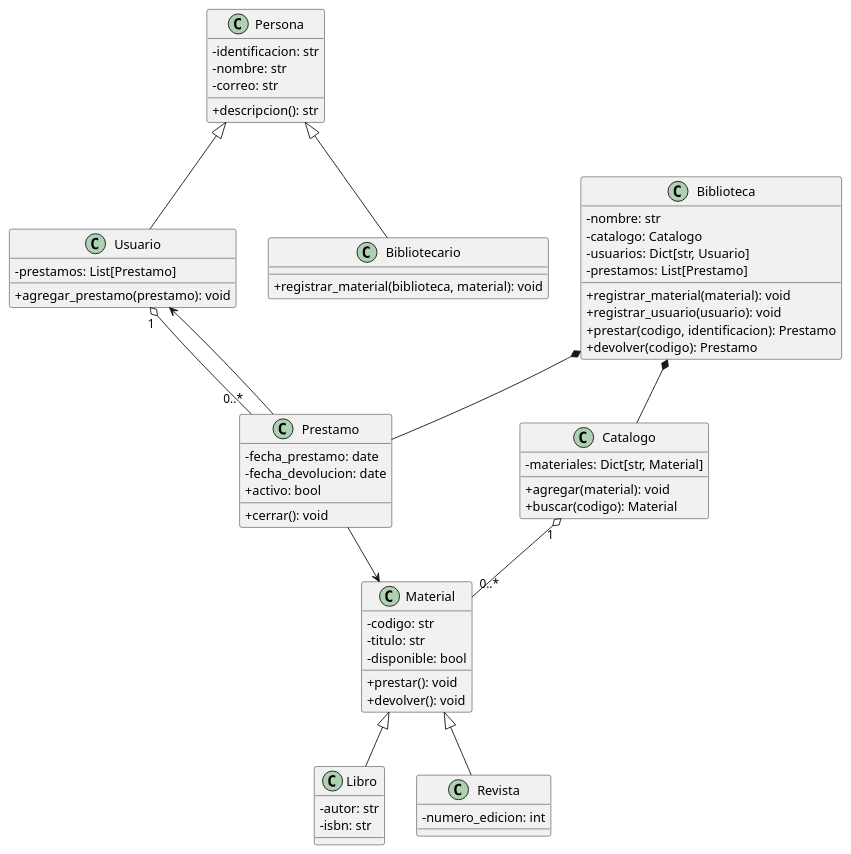
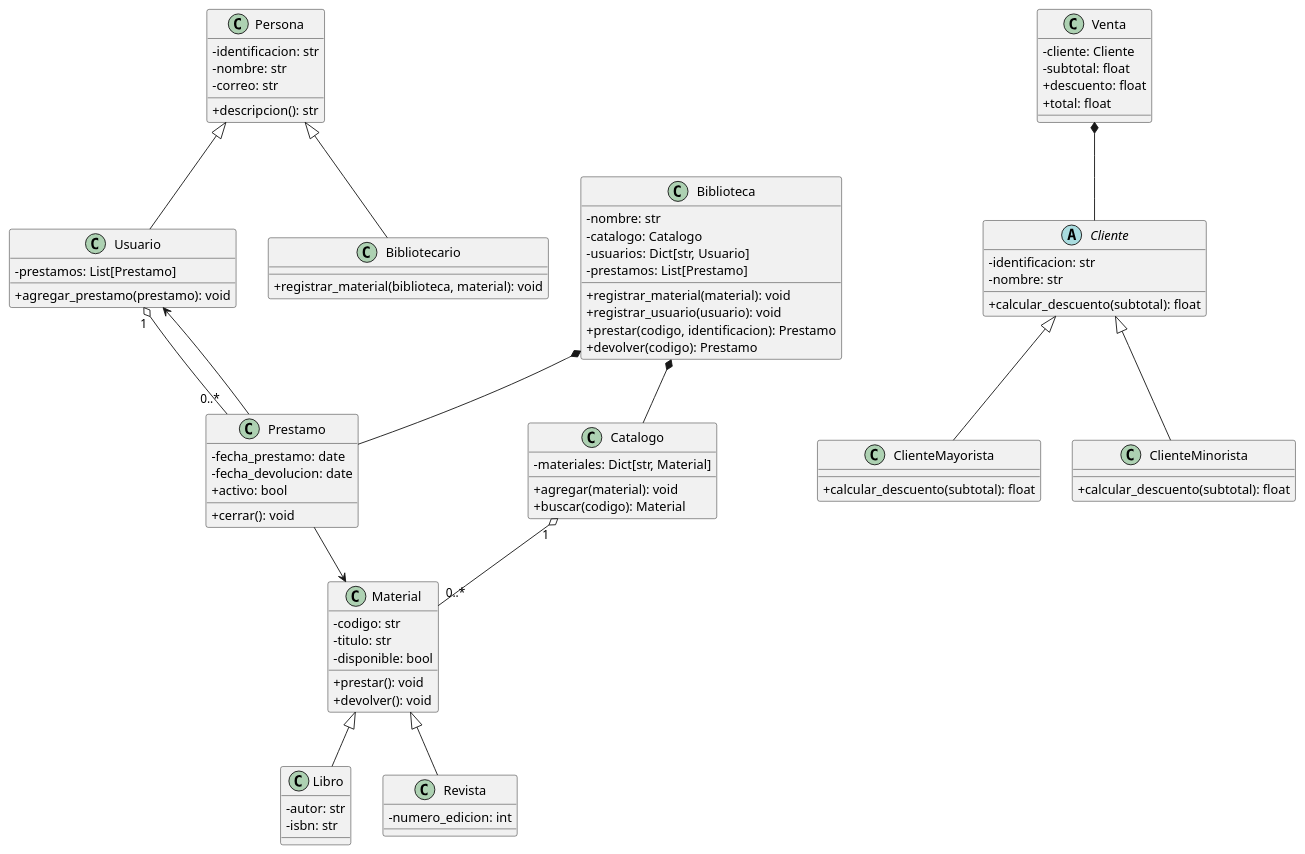
One commit to Lehendss/sistema-biblioteca-poo changed the diagram in docs/diagrama_uml.puml. Above: the diagram before and after it, drawn with PlantUML. The commit also changed 6 other files, not shown here.

```diff
--- a/docs/diagrama_uml.puml
+++ b/docs/diagrama_uml.puml
@@ -1,71 +1,95 @@
 @startuml
 skinparam classAttributeIconSize 0
 
 class Persona {
   - identificacion: str
   - nombre: str
   - correo: str
   + descripcion(): str
 }
 
 class Usuario {
   - prestamos: List[Prestamo]
   + agregar_prestamo(prestamo): void
 }
 
 class Bibliotecario {
   + registrar_material(biblioteca, material): void
 }
 
 class Material {
   - codigo: str
   - titulo: str
   - disponible: bool
   + prestar(): void
   + devolver(): void
 }
 
 class Libro {
   - autor: str
   - isbn: str
 }
 
 class Revista {
   - numero_edicion: int
 }
 
 class Catalogo {
   - materiales: Dict[str, Material]
   + agregar(material): void
   + buscar(codigo): Material
 }
 
 class Prestamo {
   - fecha_prestamo: date
   - fecha_devolucion: date
   + activo: bool
   + cerrar(): void
 }
 
 class Biblioteca {
   - nombre: str
   - catalogo: Catalogo
   - usuarios: Dict[str, Usuario]
   - prestamos: List[Prestamo]
   + registrar_material(material): void
   + registrar_usuario(usuario): void
   + prestar(codigo, identificacion): Prestamo
   + devolver(codigo): Prestamo
 }
 
+abstract class Cliente {
+  - identificacion: str
+  - nombre: str
+  + calcular_descuento(subtotal): float
+}
+
+class ClienteMayorista {
+  + calcular_descuento(subtotal): float
+}
+
+class ClienteMinorista {
+  + calcular_descuento(subtotal): float
+}
+
+class Venta {
+  - cliente: Cliente
+  - subtotal: float
+  + descuento: float
+  + total: float
+}
+
 Persona <|-- Usuario
 Persona <|-- Bibliotecario
 Material <|-- Libro
 Material <|-- Revista
 Biblioteca *-- Catalogo
 Biblioteca *-- Prestamo
 Prestamo --> Usuario
 Prestamo --> Material
 Usuario "1" o-- "0..*" Prestamo
 Catalogo "1" o-- "0..*" Material
+Cliente <|-- ClienteMayorista
+Cliente <|-- ClienteMinorista
+Venta *-- Cliente
 @enduml
```
